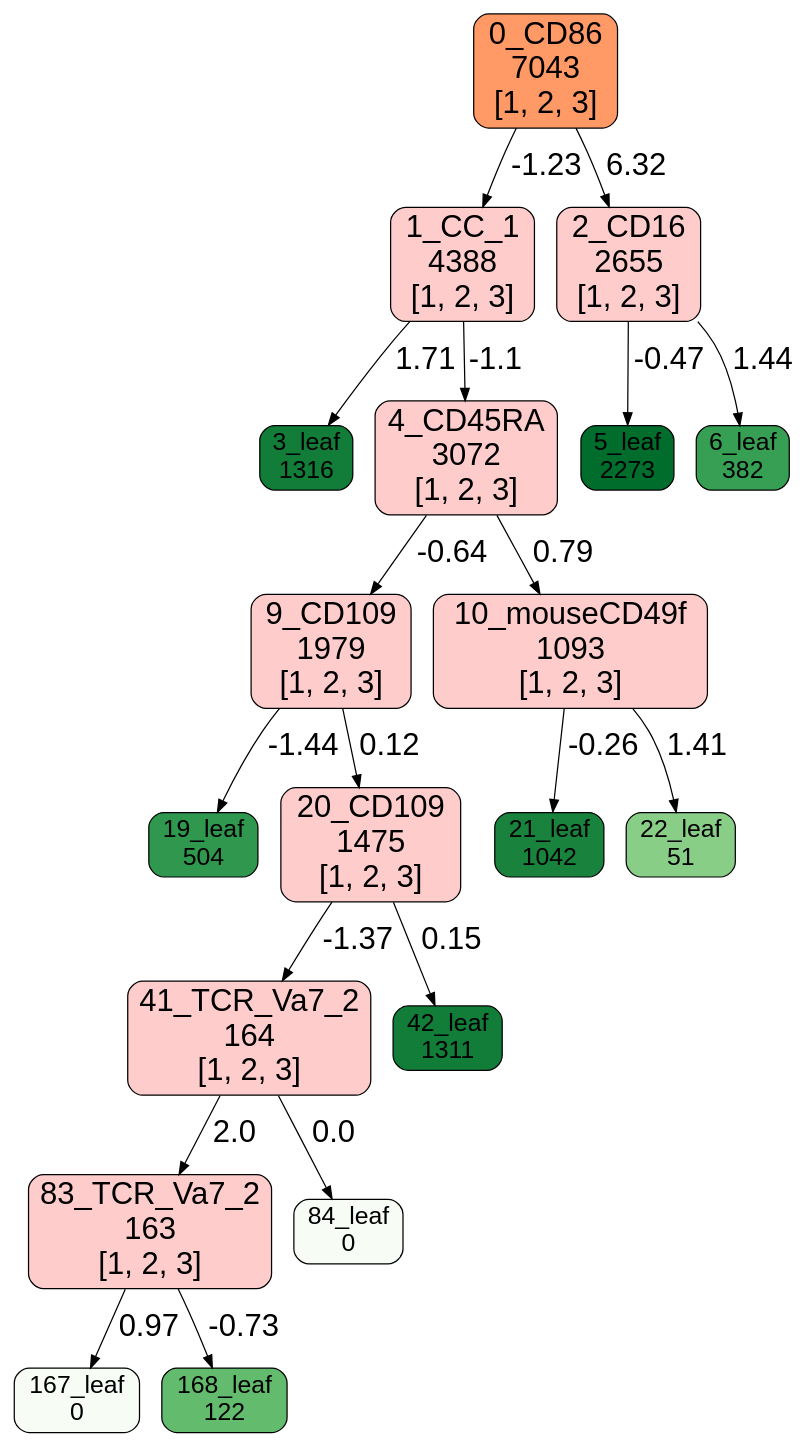
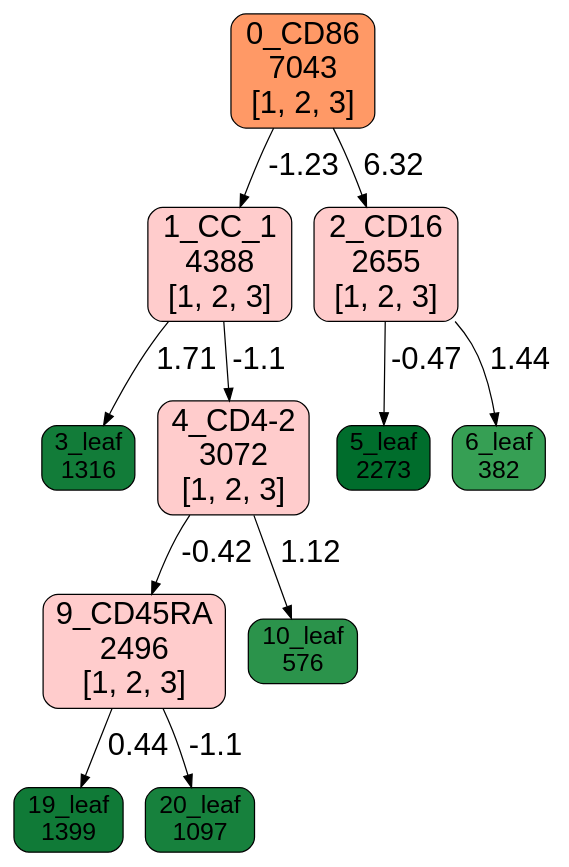
One commit to xinzhu-email/CITE-pool changed the diagram in outputs/example/0/tree.dot. Above: the diagram before and after it, drawn with Graphviz. The commit also changed 23 other files, not shown here.

```diff
--- a/outputs/example/0/tree.dot
+++ b/outputs/example/0/tree.dot
@@ -1,19 +1,11 @@
 digraph Tree {node [shape=box, style="filled, rounded", color="black", fontname=helvetica] ;edge [fontname=helvetica] ;0 [label="0_CD86\n7043\n[1, 2, 3]",fillcolor="#ff9966ff",fontsize=25];1 [label="1_CC_1\n4388\n[1, 2, 3]",fillcolor="#ffccccff",fontsize=25];0 -> 1 [labeldistance=3, label = "-1.23
 ",fontsize=25, color=black, style=solid];2 [label="2_CD16\n2655\n[1, 2, 3]",fillcolor="#ffccccff",fontsize=25];0 -> 2 [labeldistance=3, label = "6.32
 ",fontsize=25, color=black, style=solid];3 [label="3_leaf\n1316",fillcolor="#127c39",fontsize=20];1 -> 3 [labeldistance=3, label = "1.71
-",fontsize=25, color=black, style=solid];4 [label="4_CD45RA\n3072\n[1, 2, 3]",fillcolor="#ffccccff",fontsize=25];1 -> 4 [labeldistance=3, label = "-1.1
+",fontsize=25, color=black, style=solid];4 [label="4_CD4-2\n3072\n[1, 2, 3]",fillcolor="#ffccccff",fontsize=25];1 -> 4 [labeldistance=3, label = "-1.1
 ",fontsize=25, color=black, style=solid];5 [label="5_leaf\n2273",fillcolor="#006d2c",fontsize=20];2 -> 5 [labeldistance=3, label = "-0.47
 ",fontsize=25, color=black, style=solid];6 [label="6_leaf\n382",fillcolor="#369f54",fontsize=20];2 -> 6 [labeldistance=3, label = "1.44
-",fontsize=25, color=black, style=solid];9 [label="9_CD109\n1979\n[1, 2, 3]",fillcolor="#ffccccff",fontsize=25];4 -> 9 [labeldistance=3, label = "-0.64
-",fontsize=25, color=black, style=solid];10 [label="10_mouseCD49f\n1093\n[1, 2, 3]",fillcolor="#ffccccff",fontsize=25];4 -> 10 [labeldistance=3, label = "0.79
-",fontsize=25, color=black, style=solid];19 [label="19_leaf\n504",fillcolor="#2f974e",fontsize=20];9 -> 19 [labeldistance=3, label = "-1.44
-",fontsize=25, color=black, style=solid];20 [label="20_CD109\n1475\n[1, 2, 3]",fillcolor="#ffccccff",fontsize=25];9 -> 20 [labeldistance=3, label = "0.12
-",fontsize=25, color=black, style=solid];21 [label="21_leaf\n1042",fillcolor="#19833e",fontsize=20];10 -> 21 [labeldistance=3, label = "-0.26
-",fontsize=25, color=black, style=solid];22 [label="22_leaf\n51",fillcolor="#88ce87",fontsize=20];10 -> 22 [labeldistance=3, label = "1.41
-",fontsize=25, color=black, style=solid];41 [label="41_TCR_Va7_2\n164\n[1, 2, 3]",fillcolor="#ffccccff",fontsize=25];20 -> 41 [labeldistance=3, label = "-1.37
-",fontsize=25, color=black, style=solid];42 [label="42_leaf\n1311",fillcolor="#127c39",fontsize=20];20 -> 42 [labeldistance=3, label = "0.15
-",fontsize=25, color=black, style=solid];83 [label="83_TCR_Va7_2\n163\n[1, 2, 3]",fillcolor="#ffccccff",fontsize=25];41 -> 83 [labeldistance=3, label = "2.0
-",fontsize=25, color=black, style=solid];84 [label="84_leaf\n0",fillcolor="#f7fcf5",fontsize=20];41 -> 84 [labeldistance=3, label = "0.0
-",fontsize=25, color=black, style=solid];167 [label="167_leaf\n0",fillcolor="#f7fcf5",fontsize=20];83 -> 167 [labeldistance=3, label = "0.97
-",fontsize=25, color=black, style=solid];168 [label="168_leaf\n122",fillcolor="#63bc6e",fontsize=20];83 -> 168 [labeldistance=3, label = "-0.73
+",fontsize=25, color=black, style=solid];9 [label="9_CD45RA\n2496\n[1, 2, 3]",fillcolor="#ffccccff",fontsize=25];4 -> 9 [labeldistance=3, label = "-0.42
+",fontsize=25, color=black, style=solid];10 [label="10_leaf\n576",fillcolor="#2b934b",fontsize=20];4 -> 10 [labeldistance=3, label = "1.12
+",fontsize=25, color=black, style=solid];19 [label="19_leaf\n1399",fillcolor="#107a37",fontsize=20];9 -> 19 [labeldistance=3, label = "0.44
+",fontsize=25, color=black, style=solid];20 [label="20_leaf\n1097",fillcolor="#17813d",fontsize=20];9 -> 20 [labeldistance=3, label = "-1.1
 ",fontsize=25, color=black, style=solid];}
```
